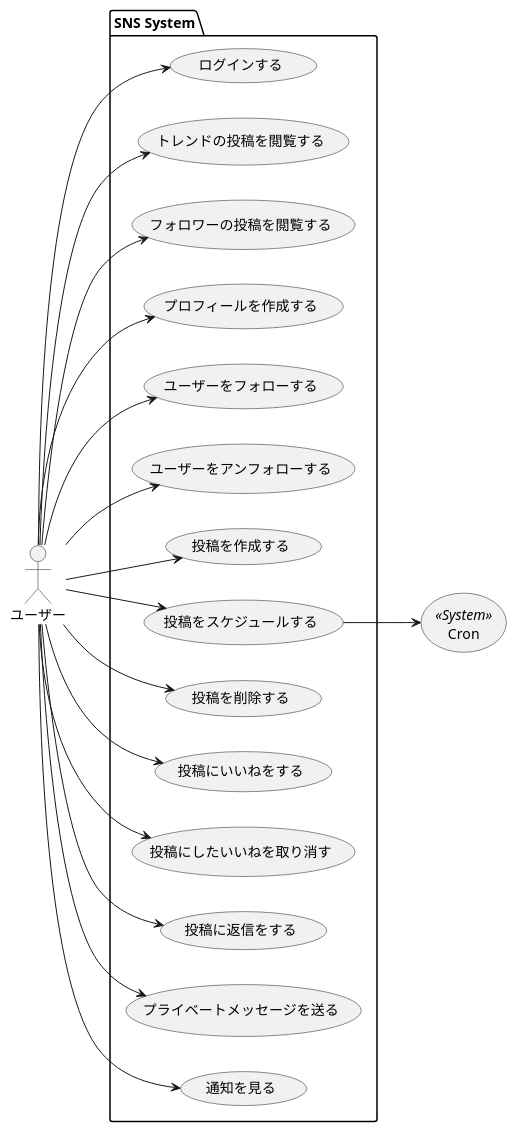
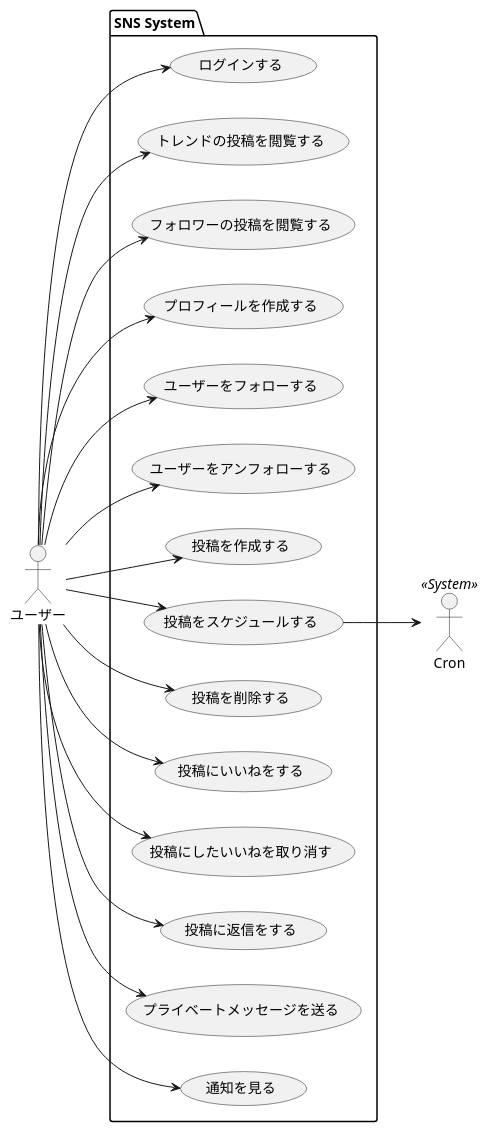
Before and after one commit to AkinoJoey/SocialNetworkingService: the diagram in diagrams/usecases/user_usecase.pu, drawn with PlantUML. The commit also changed 13 other files, not shown here.

```diff
--- a/diagrams/usecases/user_usecase.pu
+++ b/diagrams/usecases/user_usecase.pu
@@ -1,41 +1,41 @@
 @startuml usecase
 left to right direction
 
 actor ユーザー as u 
-usecase Cron as c << System >>
+actor Cron as c << System >>
 
 package "SNS System"{
     (ログインする) as login
     (トレンドの投稿を閲覧する) as lookTrend
     (フォロワーの投稿を閲覧する) as lookFollower
     (プロフィールを作成する) as profile
     (ユーザーをフォローする) as follow
     (ユーザーをアンフォローする) as unfollow
     (投稿を作成する) as post
     (投稿をスケジュールする) as schedule
     (投稿を削除する) as delete
     (投稿にいいねをする) as good
     (投稿にしたいいねを取り消す) as ungood
     (投稿に返信をする) as reply
     (プライベートメッセージを送る) as private
     (通知を見る) as notification
 }
 
 u --> login
 u --> lookTrend
 u --> lookFollower
 u --> profile
 u --> follow
 u --> unfollow
 u --> post
 u --> schedule
 u --> delete
 u --> good
 u --> ungood
 u --> reply
 u --> private
 u --> notification
 
 schedule --> c
 
 @enduml
```
